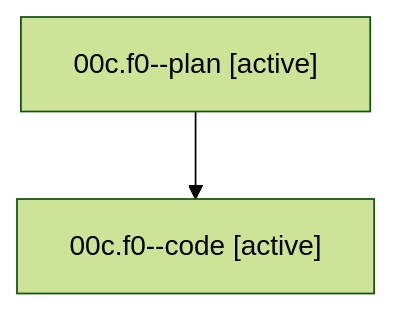
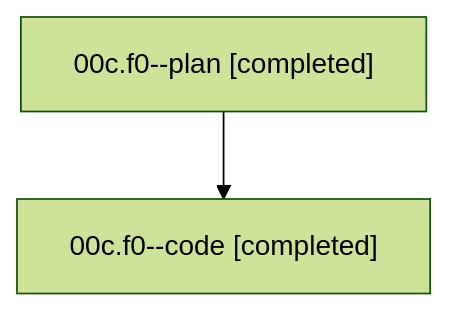
Before and after one commit to bobs-org/bob-cli--agents: the diagram in families/bbugyi200.athena.00c.f0.md, drawn with Mermaid (forest theme). The commit also changed other lines of this file and 28 other files, not shown here.

````diff
--- a/families/bbugyi200.athena.00c.f0.md
+++ b/families/bbugyi200.athena.00c.f0.md
@@ -9,6 +9,6 @@
 ```mermaid
 flowchart TD
-  n0["00c.f0--plan [active]"]
-  n1["00c.f0--code [active]"]
+  n0["00c.f0--plan [completed]"]
+  n1["00c.f0--code [completed]"]
   n0 --> n1
 ```
````
